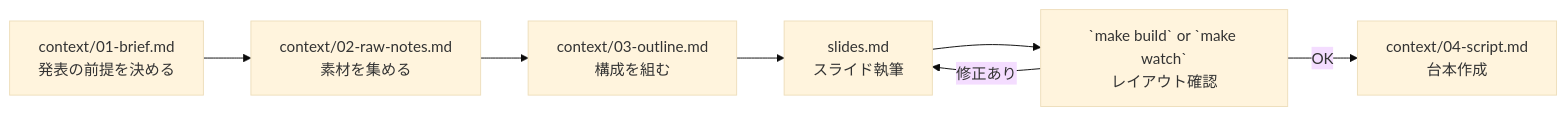
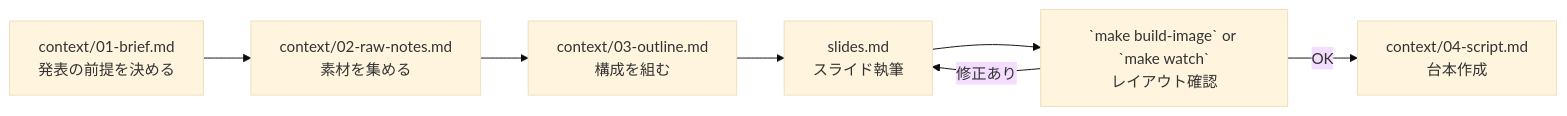
One commit to RateteDev/slide-generate changed the diagram in AGENTS.md. Above: the diagram before and after it, drawn with Mermaid (base theme). The commit also changed other lines of this file and 3 other files, not shown here.

````diff
--- a/AGENTS.md
+++ b/AGENTS.md
@@ -17,9 +17,9 @@
 ```mermaid
 flowchart LR
     A[context/01-brief.md<br>発表の前提を決める] --> B[context/02-raw-notes.md<br>素材を集める]
     B --> C[context/03-outline.md<br>構成を組む]
     C --> D[slides.md<br>スライド執筆]
-    D --> E[`make build` or `make watch`<br>レイアウト確認]
+    D --> E[`make build-image` or `make watch`<br>レイアウト確認]
     E -->|修正あり| D
     E -->|OK| F[context/04-script.md<br>台本作成]
 ```
````
